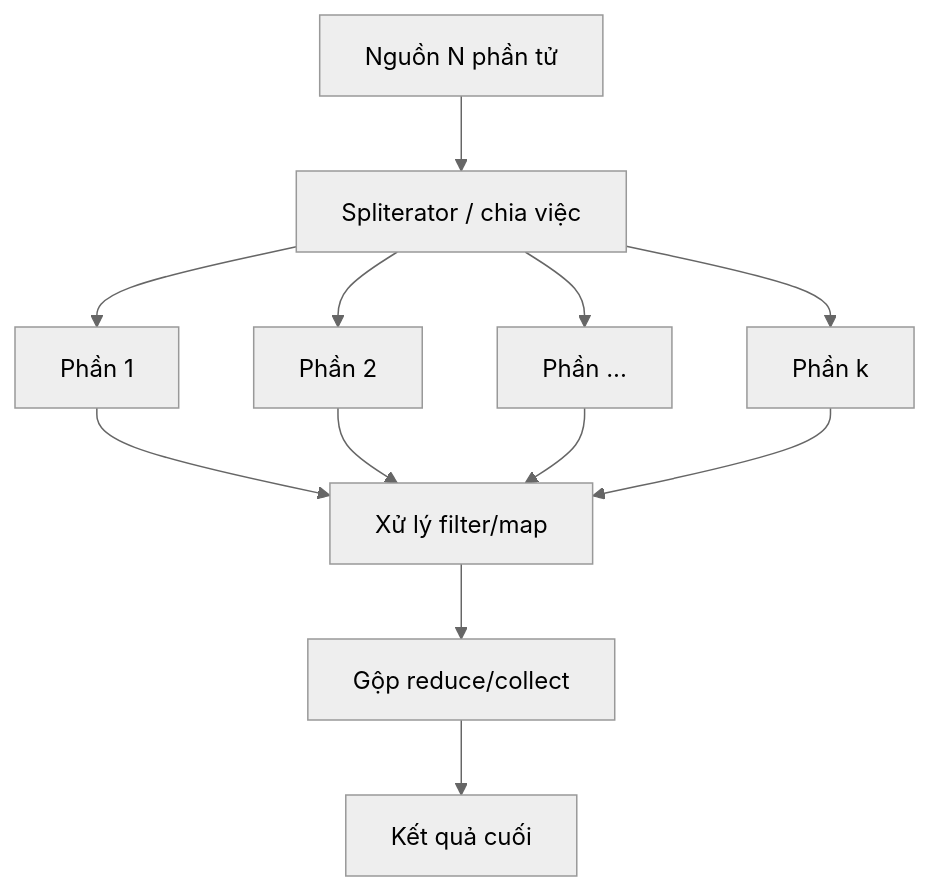
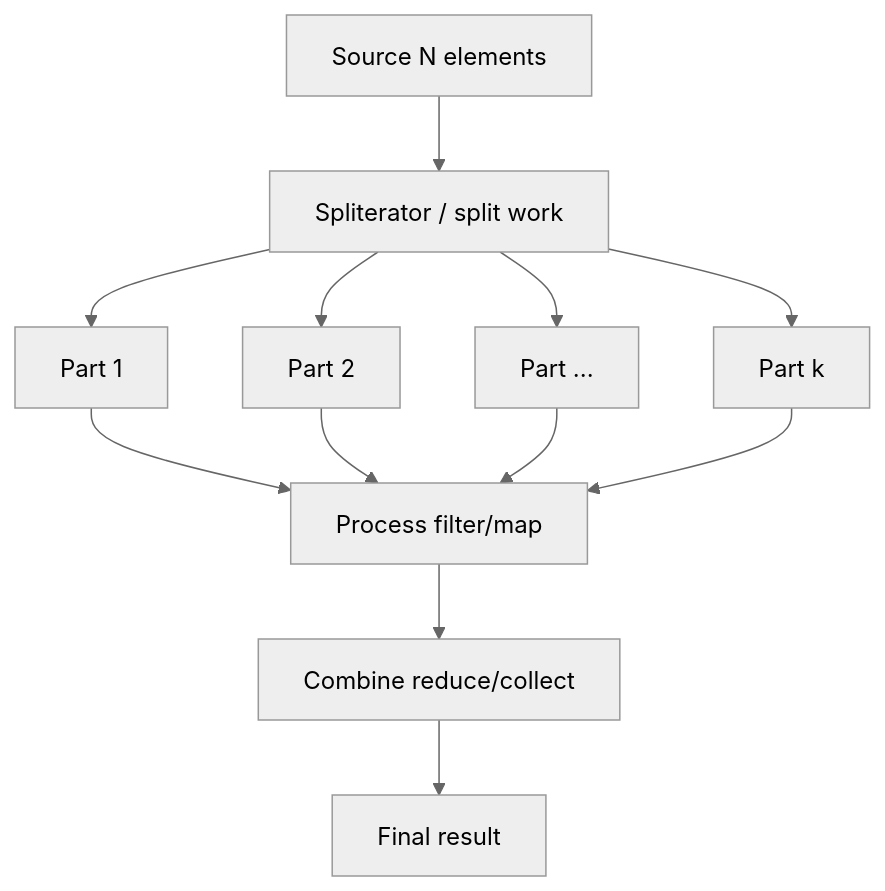
Before and after one commit to phuongnguyenit93/learning-platform-data: the diagram in module/platform/development/programming/language/java/core/stream-api/content/knowledge/en/20.parallel-stream-semantics/parallel-stream-semantics-004.md, drawn with Mermaid (neutral theme). The commit also changed other lines of this file and 2307 other files, not shown here.

```diff
--- a/module/platform/development/programming/language/java/core/stream-api/content/knowledge/en/20.parallel-stream-semantics/parallel-stream-semantics-004.md
+++ b/module/platform/development/programming/language/java/core/stream-api/content/knowledge/en/20.parallel-stream-semantics/parallel-stream-semantics-004.md
@@ -46,14 +46,14 @@
 ~~~mermaid
 flowchart TD
-    A["Nguồn N phần tử"] --> B["Spliterator / chia việc"]
-    B --> C1["Phần 1"]
-    B --> C2["Phần 2"]
-    B --> C3["Phần ..."]
-    B --> C4["Phần k"]
-    C1 --> D["Xử lý filter/map"]
+    A["Source N elements"] --> B["Spliterator / split work"]
+    B --> C1["Part 1"]
+    B --> C2["Part 2"]
+    B --> C3["Part ..."]
+    B --> C4["Part k"]
+    C1 --> D["Process filter/map"]
     C2 --> D
     C3 --> D
     C4 --> D
-    D --> E["Gộp reduce/collect"]
-    E --> F["Kết quả cuối"]
+    D --> E["Combine reduce/collect"]
+    E --> F["Final result"]
 ~~~
```
